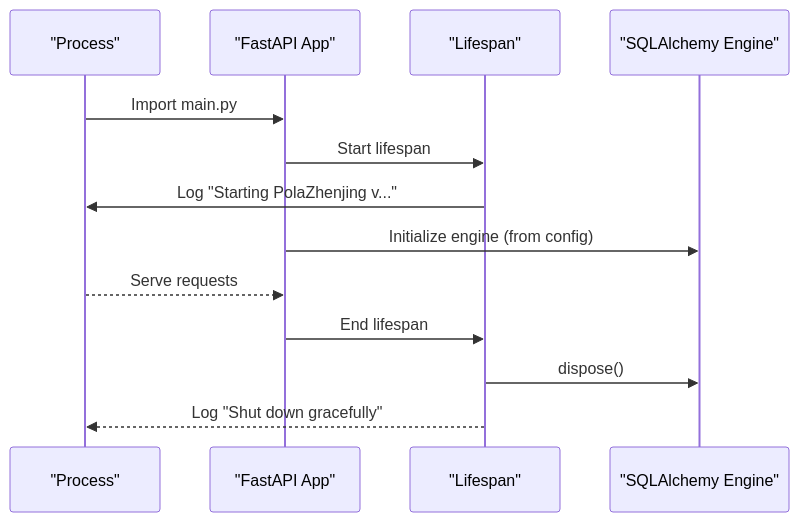
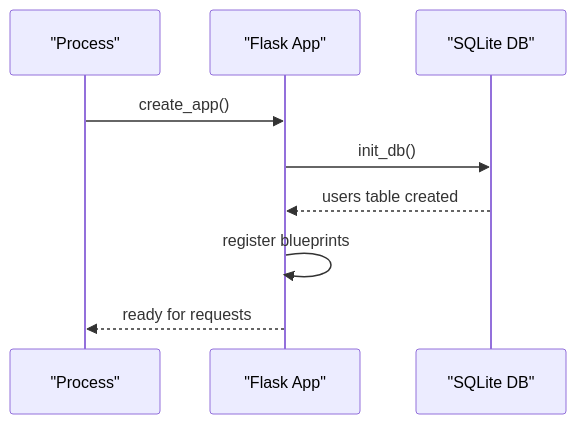
The third of 7 diagrams in .qoder/repowiki/en/content/Backend Application/Backend Application.md (PolarisW007/PolaZhenJing), drawn with Mermaid before and after one commit. The commit also changed other lines of this file and 153 other files, not shown here.

````diff
--- a/.qoder/repowiki/en/content/Backend Application/Backend Application.md
+++ b/.qoder/repowiki/en/content/Backend Application/Backend Application.md
@@ -187,15 +145,11 @@
 ```mermaid
 sequenceDiagram
 participant Proc as "Process"
-participant App as "FastAPI App"
-participant Lif as "Lifespan"
-participant DB as "SQLAlchemy Engine"
-Proc->>App : Import main.py
-App->>Lif : Start lifespan
-Lif->>Proc : Log "Starting PolaZhenjing v..."
-App->>DB : Initialize engine (from config)
-Proc-->>App : Serve requests
-App->>Lif : End lifespan
-Lif->>DB : dispose()
-Lif-->>Proc : Log "Shut down gracefully"
+participant App as "Flask App"
+participant DB as "SQLite DB"
+Proc->>App : create_app()
+App->>DB : init_db()
+DB-->>App : users table created
+App->>App : register blueprints
+App-->>Proc : ready for requests
 ```
````
